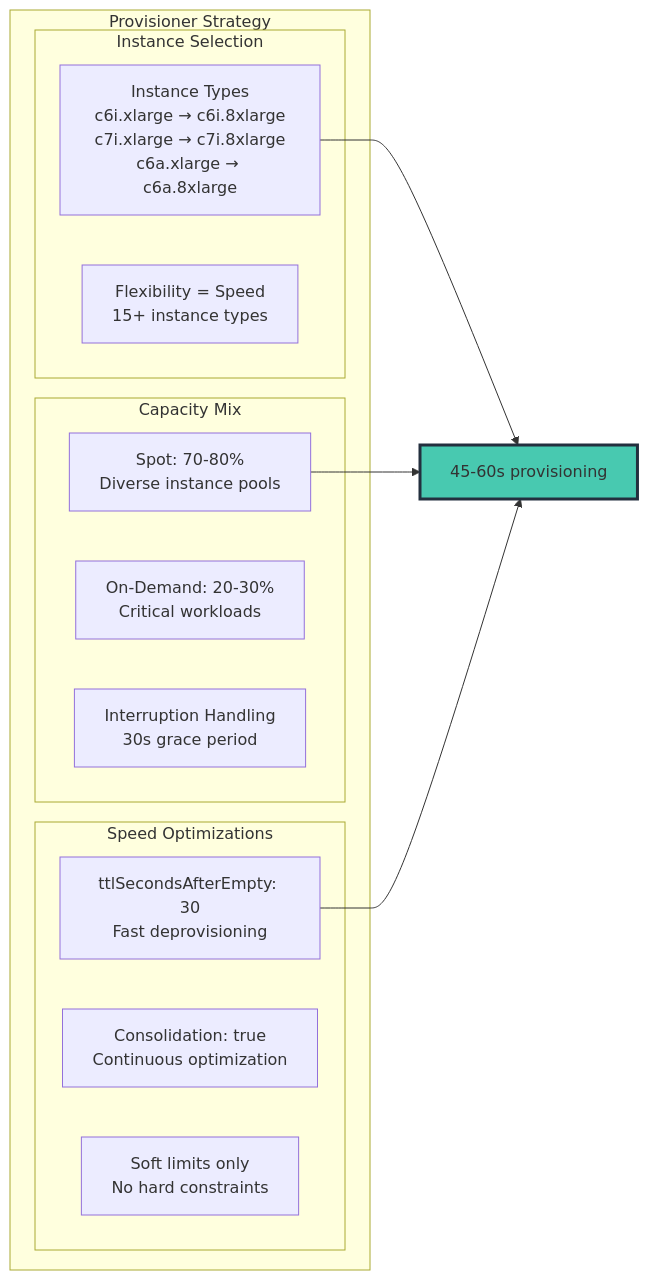
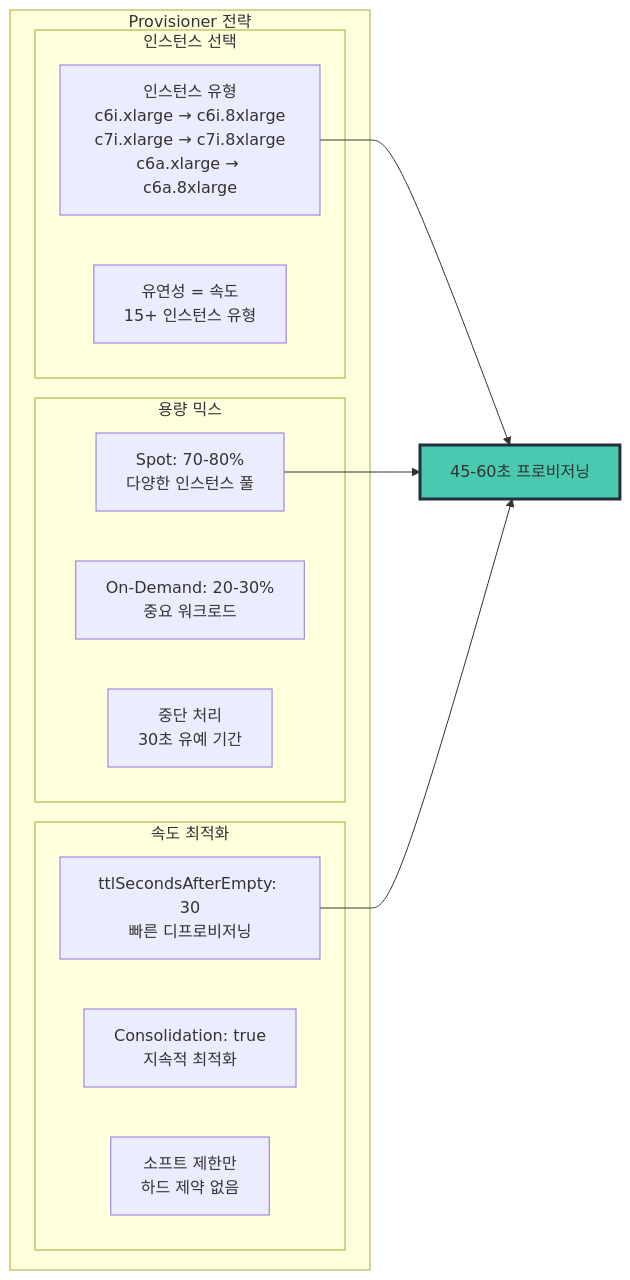
The eighth of 13 diagrams in docs/performance-networking/karpenter-autoscaling.md (devfloor9/engineering-playbook), drawn with Mermaid before and after one commit. The commit also changed other lines of this file and 30 other files, not shown here.

````diff
--- a/docs/performance-networking/karpenter-autoscaling.md
+++ b/docs/performance-networking/karpenter-autoscaling.md
@@ -165,28 +325,28 @@
 ```mermaid
 graph LR
-    subgraph "Provisioner Strategy"
-        subgraph "Instance Selection"
-            IT[Instance Types<br/>c6i.xlarge → c6i.8xlarge<br/>c7i.xlarge → c7i.8xlarge<br/>c6a.xlarge → c6a.8xlarge]
-            FLEX[Flexibility = Speed<br/>15+ instance types]
+    subgraph "Provisioner 전략"
+        subgraph "인스턴스 선택"
+            IT[인스턴스 유형<br/>c6i.xlarge → c6i.8xlarge<br/>c7i.xlarge → c7i.8xlarge<br/>c6a.xlarge → c6a.8xlarge]
+            FLEX[유연성 = 속도<br/>15+ 인스턴스 유형]
         end
 
-        subgraph "Capacity Mix"
-            SPOT[Spot: 70-80%<br/>Diverse instance pools]
-            OD[On-Demand: 20-30%<br/>Critical workloads]
-            INT[Interruption Handling<br/>30s grace period]
+        subgraph "용량 믹스"
+            SPOT[Spot: 70-80%<br/>다양한 인스턴스 풀]
+            OD[On-Demand: 20-30%<br/>중요 워크로드]
+            INT[중단 처리<br/>30초 유예 기간]
         end
 
-        subgraph "Speed Optimizations"
-            TTL[ttlSecondsAfterEmpty: 30<br/>Fast deprovisioning]
-            CONS[Consolidation: true<br/>Continuous optimization]
-            LIMITS[Soft limits only<br/>No hard constraints]
+        subgraph "속도 최적화"
+            TTL[ttlSecondsAfterEmpty: 30<br/>빠른 디프로비저닝]
+            CONS[Consolidation: true<br/>지속적 최적화]
+            LIMITS[소프트 제한만<br/>하드 제약 없음]
         end
     end
 
-    IT --> RESULT[45-60s provisioning]
+    IT --> RESULT[45-60초 프로비저닝]
     SPOT --> RESULT
     TTL --> RESULT
 
     style RESULT fill:#48C9B0,stroke:#232f3e,stroke-width:3px
 
 ```
````
